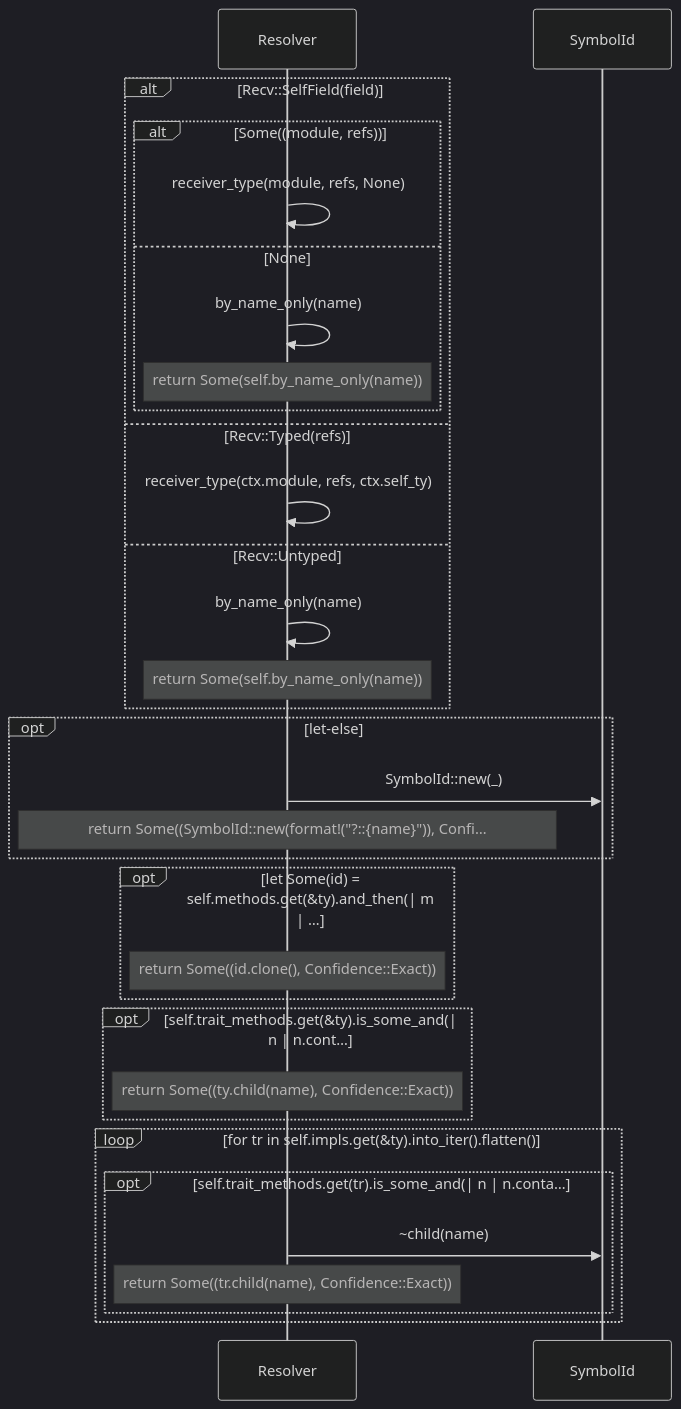
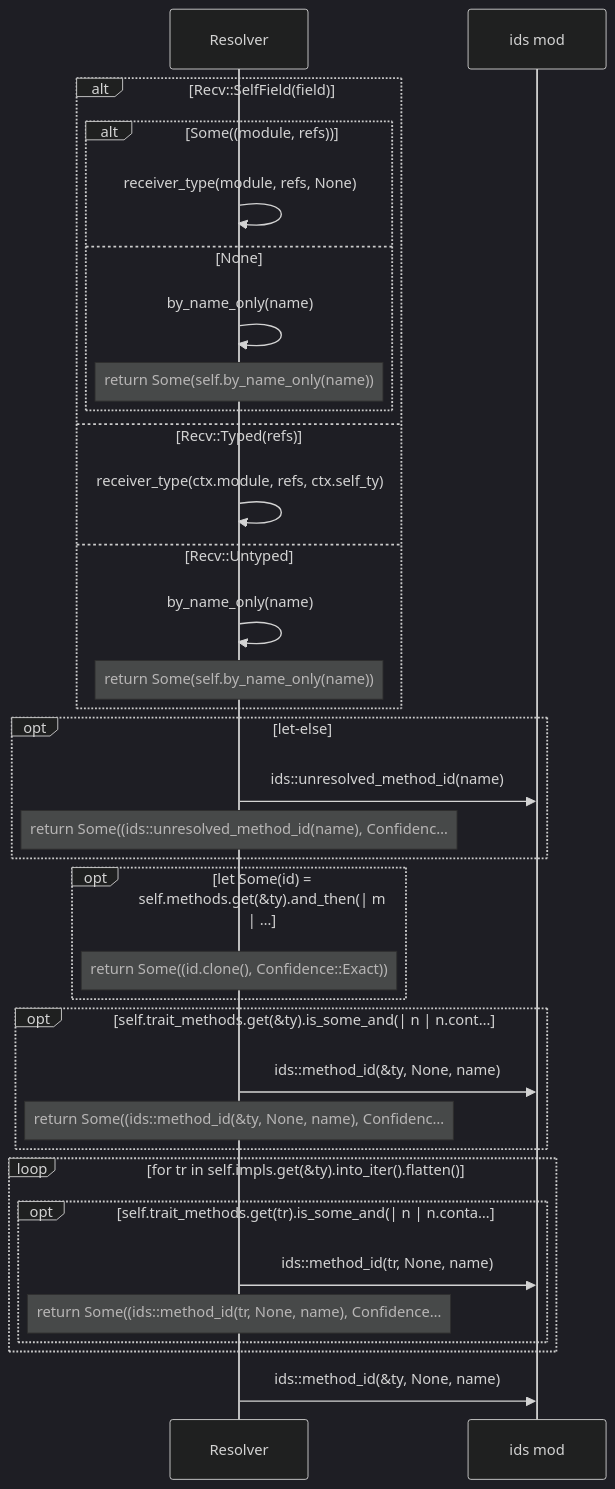
One commit to DreamLab-AI/codemaid changed diagram 14 of 16 in docs/sealmap/crates/sealmap-rust/src/resolve.rs.md. Above: the diagram before and after it, drawn with Mermaid (dark theme). The commit also changed other lines of this file and 37 other files, not shown here.

First line of the commit message:
frontend: extract sealmap-frontend from sealmap-rust

````diff
--- a/docs/sealmap/crates/sealmap-rust/src/resolve.rs.md
+++ b/docs/sealmap/crates/sealmap-rust/src/resolve.rs.md
@@ -499,34 +449,36 @@
 ```mermaid
 sequenceDiagram
   participant sealmap_rust__resolve__Resolver as Resolver
-  participant sealmap_model__symbol__SymbolId as SymbolId
+  participant sealmap_frontend__ids as ids mod
   alt Recv::SelfField(field)
     alt Some((module, refs))
       sealmap_rust__resolve__Resolver->>sealmap_rust__resolve__Resolver: receiver_type(module, refs, None)
     else None
       sealmap_rust__resolve__Resolver->>sealmap_rust__resolve__Resolver: by_name_only(name)
       Note over sealmap_rust__resolve__Resolver: return Some(self.by_name_only(name))
     end
   else Recv::Typed(refs)
     sealmap_rust__resolve__Resolver->>sealmap_rust__resolve__Resolver: receiver_type(ctx.module, refs, ctx.self_ty)
   else Recv::Untyped
     sealmap_rust__resolve__Resolver->>sealmap_rust__resolve__Resolver: by_name_only(name)
     Note over sealmap_rust__resolve__Resolver: return Some(self.by_name_only(name))
   end
   opt let-else
-    sealmap_rust__resolve__Resolver->>sealmap_model__symbol__SymbolId: SymbolId::new(_)
-    Note over sealmap_rust__resolve__Resolver: return Some((SymbolId::new(format!(#quot;?::{name}#quot;)), Confi…
+    sealmap_rust__resolve__Resolver->>sealmap_frontend__ids: ids::unresolved_method_id(name)
+    Note over sealmap_rust__resolve__Resolver: return Some((ids::unresolved_method_id(name), Confidenc…
   end
   opt let Some(id) = self.methods.get(&ty).and_then(| m | …
     Note over sealmap_rust__resolve__Resolver: return Some((id.clone(), Confidence::Exact))
   end
   opt self.trait_methods.get(&ty).is_some_and(| n | n.cont…
-    Note over sealmap_rust__resolve__Resolver: return Some((ty.child(name), Confidence::Exact))
+    sealmap_rust__resolve__Resolver->>sealmap_frontend__ids: ids::method_id(&ty, None, name)
+    Note over sealmap_rust__resolve__Resolver: return Some((ids::method_id(&ty, None, name), Confidenc…
   end
   loop for tr in self.impls.get(&ty).into_iter().flatten()
     opt self.trait_methods.get(tr).is_some_and(| n | n.conta…
-      sealmap_rust__resolve__Resolver->>sealmap_model__symbol__SymbolId: ~child(name)
-      Note over sealmap_rust__resolve__Resolver: return Some((tr.child(name), Confidence::Exact))
+      sealmap_rust__resolve__Resolver->>sealmap_frontend__ids: ids::method_id(tr, None, name)
+      Note over sealmap_rust__resolve__Resolver: return Some((ids::method_id(tr, None, name), Confidence…
     end
   end
+  sealmap_rust__resolve__Resolver->>sealmap_frontend__ids: ids::method_id(&ty, None, name)
 ```
````
